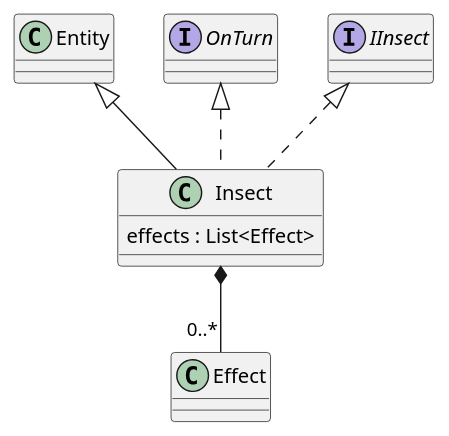
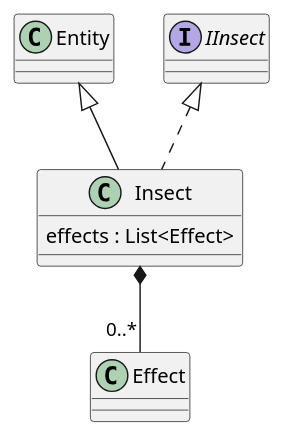
Before and after one commit to Petya-G/fungorium: the diagram in 4/classes/insect.puml, drawn with PlantUML. The commit also changed 10 other files, not shown here.

```diff
--- a/4/classes/insect.puml
+++ b/4/classes/insect.puml
@@ -1,8 +1,8 @@
 @startuml insect
 
 Insect *-- "0..*" Effect
-class Insect extends Entity implements OnTurn, IInsect{
+class Insect extends Entity implements IInsect{
     effects : List<Effect>
 }
 
 @enduml
```
